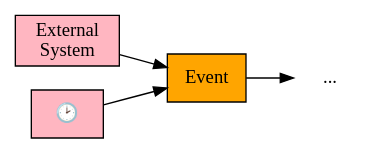
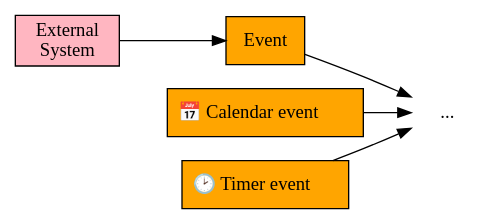
The third of 4 diagrams in docs/requirements/analysis.md (setms/book), drawn with Graphviz before and after one commit. The commit also changed other lines of this file and 1 other file, not shown here.

````diff
--- a/docs/requirements/analysis.md
+++ b/docs/requirements/analysis.md
@@ -175,14 +176,16 @@
 ```dot process
 digraph event_storming {
   rankdir=LR;
   node[shape=rectangle, style=filled, fontcolor=black];
 
   ES [label="External\nSystem", fillcolor=lightpink];
   ES -> E;
   E [label="Event", fillcolor=orange];
-  T [label=<&#x1F551;>, fillcolor=lightpink];
-  T -> E;
+  E1 [label=<&#x1F4C5; Calendar event>, fillcolor=orange];
+  E2 [label=<&#x1F551; Timer event>, fillcolor=orange];
+  E2 -> rest;
+  E1 -> rest;
   E -> rest;
   rest [shape=plaintext, label="...", style=normal];
 }
 ```
````
